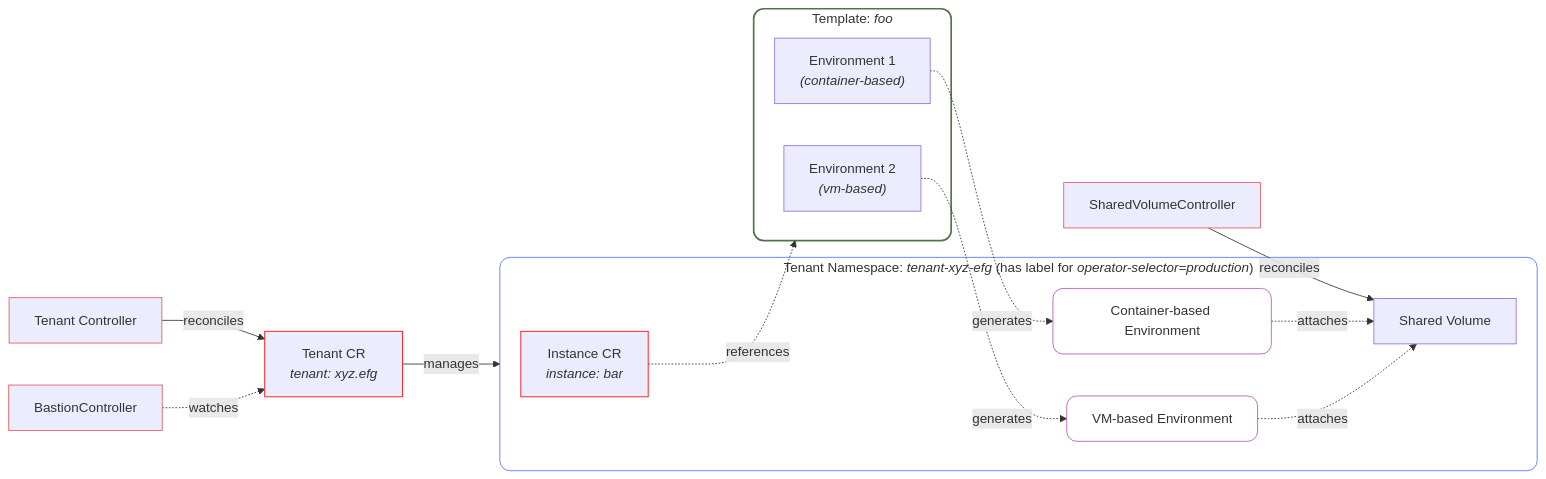
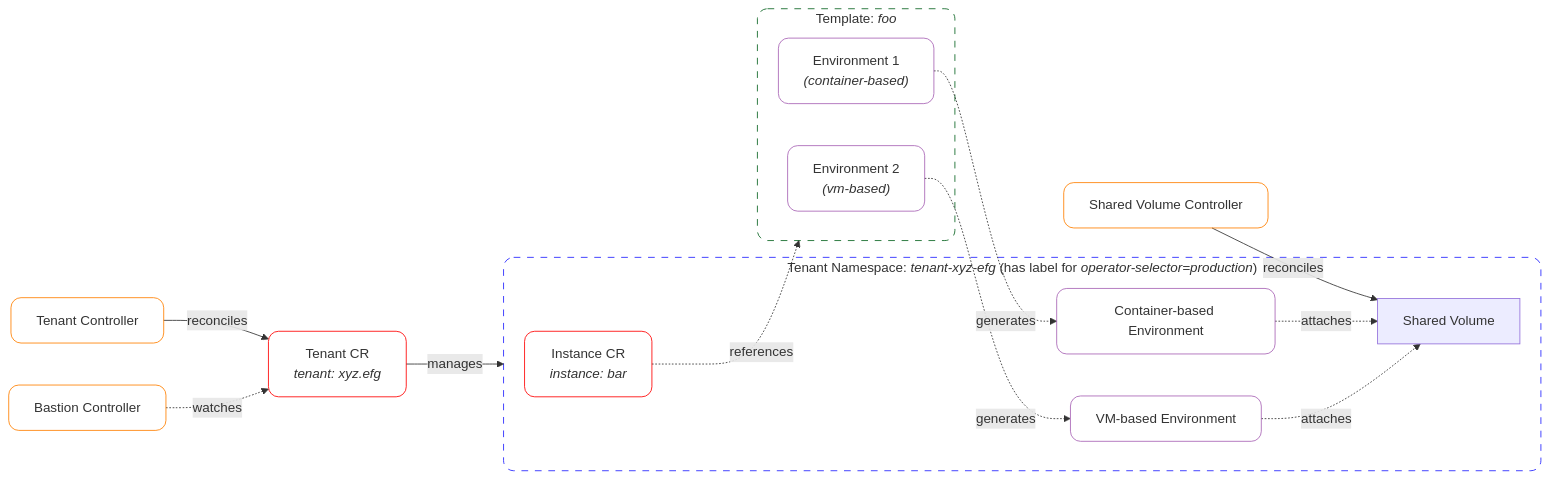
One commit to netgroup-polito/CrownLabs changed the seventh of 8 diagrams in BIGPICTURE.md. Above: the diagram before and after it, drawn with Mermaid. The commit also changed other lines of this file, not shown here.

Commit message:
refactored of mermaid stiles

````diff
--- a/BIGPICTURE.md
+++ b/BIGPICTURE.md
@@ -301,50 +302,43 @@
 ```mermaid
 flowchart LR
 
-TenantController["Tenant Controller"]
+TenantController["Tenant Controller"]:::ControllerStyle
+BastionController["Bastion Controller"]:::ControllerStyle
+SharedVolumeController["Shared Volume Controller"]:::ControllerStyle
+
 TenantCR["`Tenant CR
-_tenant: xyz.efg_`"]
-
-TenantController -- reconciles --> TenantCR
-BastionController -. watches .-> TenantCR
-
+_tenant: xyz.efg_`"]:::CustomResourceStyle
 subgraph TenantNS["`Tenant Namespace: _tenant-xyz-efg_ (has label for _operator-selector=production_)`"]
     InstanceCR["`Instance CR
-        _instance: bar_`"]
+        _instance: bar_`"]:::CustomResourceStyle
     ShVol["Shared Volume"]
-    ContainerEnv["Container-based Environment"]
-    VMEnv["VM-based Environment"]
+    ContainerEnv["Container-based Environment"]:::EnvironmentStyle
+    VMEnv["VM-based Environment"]:::EnvironmentStyle
 end
 
 subgraph TemplateFoo["`Template: _foo_`"]
     EnvContainer["`Environment 1
-        _(container-based)_`"]
+        _(container-based)_`"]:::EnvironmentStyle
     EnvVM["`Environment 2
-        _(vm-based)_`"]
+        _(vm-based)_`"]:::EnvironmentStyle
 end
 
+TenantController -- reconciles --> TenantCR
+BastionController -. watches .-> TenantCR
 TenantCR -- manages --> TenantNS
 SharedVolumeController -- reconciles --> ShVol
 InstanceCR -. references .-> TemplateFoo
 EnvContainer -. generates .-> ContainerEnv
 EnvVM -. generates .-> VMEnv
 ContainerEnv -. attaches .-> ShVol
 VMEnv -. attaches .-> ShVol
 
-classDef GenericDashedBS fill:none,rx:12,ry:12,stroke-dasharray:8
-classDef ControllerBS stroke:#E45756,rx:12,ry:12,fill:none
-classDef WorkspaceBS stroke:#54724B,rx:12,ry:12,fill:none
-classDef CustomResourceBS stroke:#FF0000,rx:12,ry:12,fill:none
-classDef TenantBS stroke:#2222FF,rx:12,ry:12,fill:none
-classDef EnvironmentBS stroke:#BB55BB,rx:12,ry:12,fill:none
+classDef ControllerStyle stroke:#FF8000,rx:12,ry:12,fill:none
+classDef CustomResourceStyle stroke:#FF0000,rx:12,ry:12,fill:none
+classDef EnvironmentStyle stroke:#A865B5,rx:12,ry:12,fill:none
+classDef WorkspaceNSStyle stroke:#0A6522,rx:12,ry:12,fill:none,stroke-dasharray:8
+classDef TenantNSStyle stroke:#2222FF,rx:12,ry:12,fill:none,stroke-dasharray:8
 
-classDef TenantBorderStyle fill:none,stroke:#5472FB,rx:12,ry:12
-class TenantNS TenantBorderStyle
-classDef ControllerBorderStyle stroke:#E45756
-class SharedVolumeController,TenantController,BastionController ControllerBorderStyle
-classDef CRBorderStyle stroke:#FF0000
-class TenantCR,InstanceCR CRBorderStyle
-classDef WorkspaceBorderStyle fill:none,stroke:#54724B,stroke-width:2px,rx:12,ry:12
-class TemplateFoo WorkspaceBorderStyle
-class ContainerEnv,VMEnv EnvironmentBS
+class TenantNS TenantNSStyle
+class TemplateFoo WorkspaceNSStyle
 ```
````
